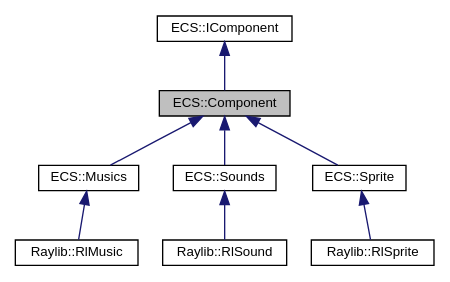
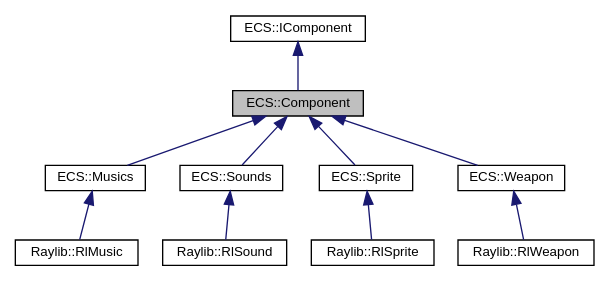
One commit to TerryMazzoni/RTypeMirror changed the diagram in classECS_1_1Component__inherit__graph.dot. Above: the diagram before and after it, drawn with Graphviz. The commit also changed 85 other files, not shown here.

```diff
--- a/classECS_1_1Component__inherit__graph.dot
+++ b/classECS_1_1Component__inherit__graph.dot
@@ -1,21 +1,25 @@
 digraph "ECS::Component"
 {
  // LATEX_PDF_SIZE
   edge [fontname="Helvetica",fontsize="10",labelfontname="Helvetica",labelfontsize="10"];
   node [fontname="Helvetica",fontsize="10",shape=record];
   Node1 [label="ECS::Component",height=0.2,width=0.4,color="black", fillcolor="grey75", style="filled", fontcolor="black",tooltip=" "];
   Node2 -> Node1 [dir="back",color="midnightblue",fontsize="10",style="solid",fontname="Helvetica"];
   Node2 [label="ECS::IComponent",height=0.2,width=0.4,color="black", fillcolor="white", style="filled",URL="$classECS_1_1IComponent.html",tooltip=" "];
   Node1 -> Node3 [dir="back",color="midnightblue",fontsize="10",style="solid",fontname="Helvetica"];
   Node3 [label="ECS::Musics",height=0.2,width=0.4,color="black", fillcolor="white", style="filled",URL="$classECS_1_1Musics.html",tooltip=" "];
   Node3 -> Node4 [dir="back",color="midnightblue",fontsize="10",style="solid",fontname="Helvetica"];
   Node4 [label="Raylib::RlMusic",height=0.2,width=0.4,color="black", fillcolor="white", style="filled",URL="$classRaylib_1_1RlMusic.html",tooltip=" "];
   Node1 -> Node5 [dir="back",color="midnightblue",fontsize="10",style="solid",fontname="Helvetica"];
   Node5 [label="ECS::Sounds",height=0.2,width=0.4,color="black", fillcolor="white", style="filled",URL="$classECS_1_1Sounds.html",tooltip=" "];
   Node5 -> Node6 [dir="back",color="midnightblue",fontsize="10",style="solid",fontname="Helvetica"];
   Node6 [label="Raylib::RlSound",height=0.2,width=0.4,color="black", fillcolor="white", style="filled",URL="$classRaylib_1_1RlSound.html",tooltip=" "];
   Node1 -> Node7 [dir="back",color="midnightblue",fontsize="10",style="solid",fontname="Helvetica"];
   Node7 [label="ECS::Sprite",height=0.2,width=0.4,color="black", fillcolor="white", style="filled",URL="$classECS_1_1Sprite.html",tooltip=" "];
   Node7 -> Node8 [dir="back",color="midnightblue",fontsize="10",style="solid",fontname="Helvetica"];
   Node8 [label="Raylib::RlSprite",height=0.2,width=0.4,color="black", fillcolor="white", style="filled",URL="$classRaylib_1_1RlSprite.html",tooltip=" "];
+  Node1 -> Node9 [dir="back",color="midnightblue",fontsize="10",style="solid",fontname="Helvetica"];
+  Node9 [label="ECS::Weapon",height=0.2,width=0.4,color="black", fillcolor="white", style="filled",URL="$classECS_1_1Weapon.html",tooltip=" "];
+  Node9 -> Node10 [dir="back",color="midnightblue",fontsize="10",style="solid",fontname="Helvetica"];
+  Node10 [label="Raylib::RlWeapon",height=0.2,width=0.4,color="black", fillcolor="white", style="filled",URL="$classRaylib_1_1RlWeapon.html",tooltip=" "];
 }
```
